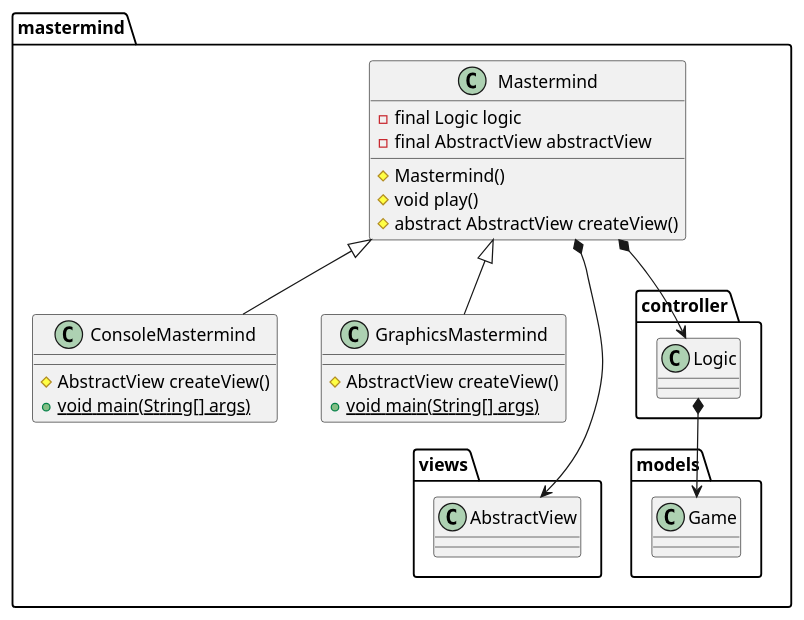
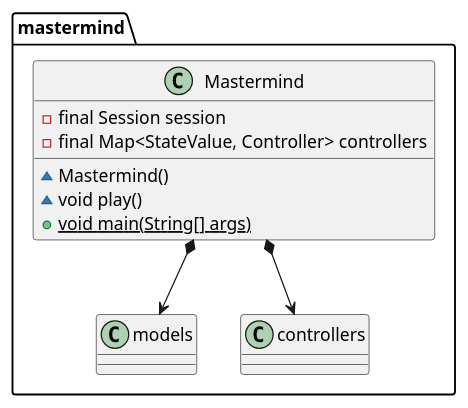
Before and after one commit to TheMercuryBeat/MasterMind: the diagram in docs/uml/PackageMasterMind.puml, drawn with PlantUML. The commit also changed 9 other files, not shown here.

Commit message:
[uml] Update uml diagrams

```diff
--- a/docs/uml/PackageMasterMind.puml
+++ b/docs/uml/PackageMasterMind.puml
@@ -1,25 +1,14 @@
 @startuml
 
     class mastermind.Mastermind{
-        - final Logic logic
-        - final AbstractView abstractView
-        # Mastermind()
-        # void play()
-        # abstract AbstractView createView()
-    }
-
-    class mastermind.ConsoleMastermind extends mastermind.Mastermind{
-        # AbstractView createView()
+        - final Session session
+        - final Map<StateValue, Controller> controllers
+        ~ Mastermind()
+        ~ void play()
         + {static} void main(String[] args)
     }
 
-    class mastermind.GraphicsMastermind extends mastermind.Mastermind{
-        # AbstractView createView()
-        + {static} void main(String[] args)
-    }
-
-    mastermind.Mastermind *---> mastermind.views.AbstractView
-    mastermind.Mastermind *--> mastermind.controller.Logic
-    mastermind.controller.Logic *--> mastermind.models.Game
+    mastermind.Mastermind *--> mastermind.models
+    mastermind.Mastermind *--> mastermind.controllers
 
 @enduml
```
